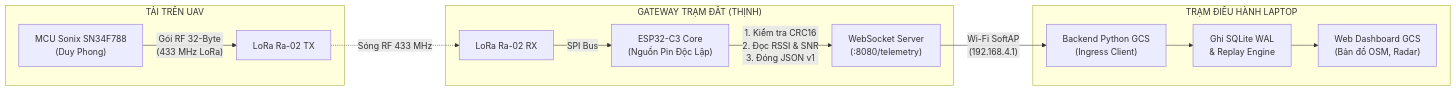
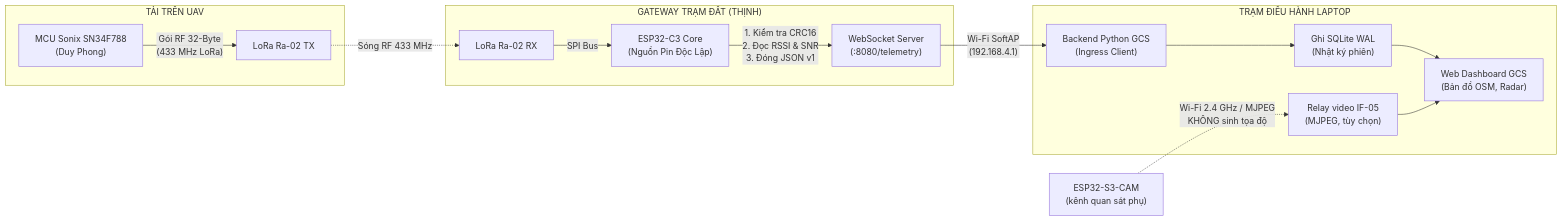
One commit to duyphong375/uav_payload changed the diagram in docs/architecture/GATEWAY_DESIGN.md. Above: the diagram before and after it, drawn with Mermaid. The commit also changed 50 other files, not shown here.

Commit message:
docs: bo Replay khoi UI, bo sung IF-05 ESP32-S3-CAM, dong bo trang thai ky thuat

````diff
--- a/docs/architecture/GATEWAY_DESIGN.md
+++ b/docs/architecture/GATEWAY_DESIGN.md
@@ -24,19 +24,21 @@
 ```mermaid
 flowchart LR
     subgraph AIR_UNIT ["TẢI TRÊN UAV"]
         SONIX["MCU Sonix SN34F788<br/>(Duy Phong)"] -- "Gói RF 32-Byte<br/>(433 MHz LoRa)" --> LORA_TX["LoRa Ra-02 TX"]
     end
 
     subgraph GROUND_GATEWAY ["GATEWAY TRẠM ĐẤT (THỊNH)"]
         LORA_RX["LoRa Ra-02 RX"] -- "SPI Bus" --> ESP32["ESP32-C3 Core<br/>(Nguồn Pin Độc Lập)"]
         ESP32 -- "1. Kiểm tra CRC16<br/>2. Đọc RSSI & SNR<br/>3. Đóng JSON v1" --> WS_SRV["WebSocket Server<br/>(:8080/telemetry)"]
     end
 
     subgraph LAPTOP_GCS ["TRẠM ĐIỀU HÀNH LAPTOP"]
-        WS_CLIENT["Backend Python GCS<br/>(Ingress Client)"] --> SQLITE["Ghi SQLite WAL<br/>& Replay Engine"]
+        WS_CLIENT["Backend Python GCS<br/>(Ingress Client)"] --> SQLITE["Ghi SQLite WAL<br/>(Nhật ký phiên)"]
         SQLITE --> DASHBOARD["Web Dashboard GCS<br/>(Bản đồ OSM, Radar)"]
+        VIDEO_RELAY["Relay video IF-05<br/>(MJPEG, tùy chọn)"] --> DASHBOARD
     end
 
     LORA_TX -. "Sóng RF 433 MHz" .-> LORA_RX
     WS_SRV -- "Wi-Fi SoftAP<br/>(192.168.4.1)" --> WS_CLIENT
+    CAM_S3["ESP32-S3-CAM<br/>(kênh quan sát phụ)"] -. "Wi-Fi 2.4 GHz / MJPEG<br/>KHÔNG sinh tọa độ" .-> VIDEO_RELAY
 ```
````
